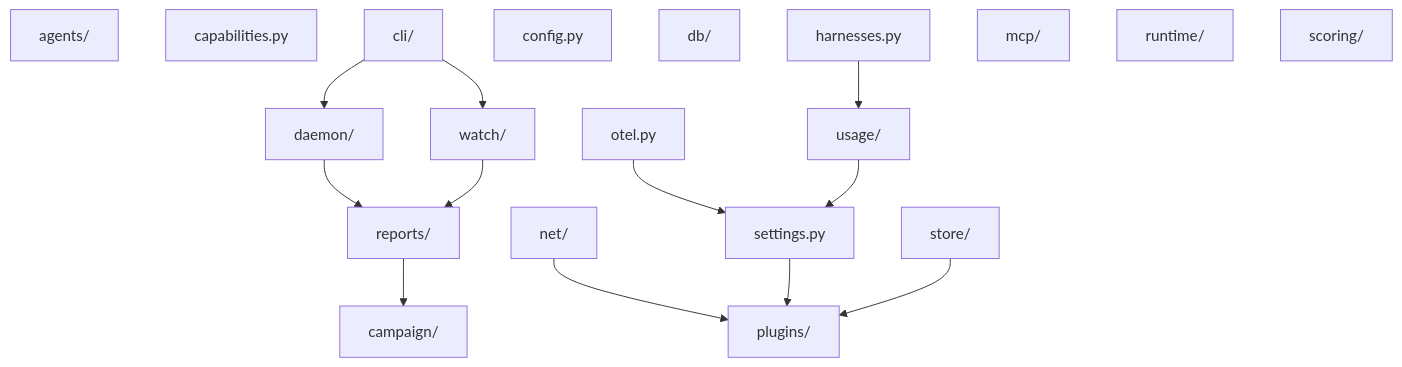
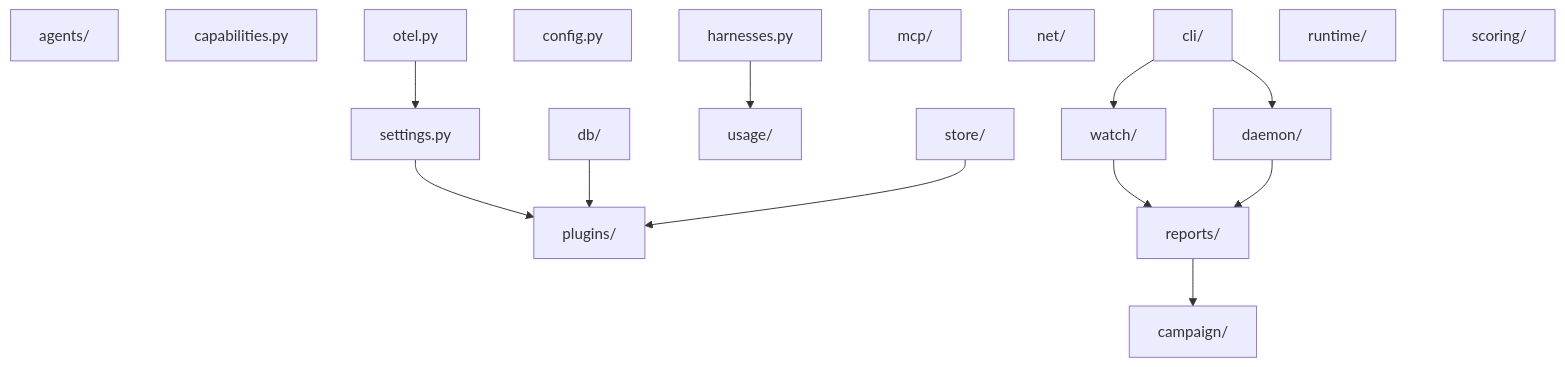
Before and after one commit to VatsaDev/piloop: the diagram in docs/snippets/generated/imports.mdx, drawn with Mermaid. The commit also changed other lines of this file and 66 other files, not shown here.

````diff
--- a/docs/snippets/generated/imports.mdx
+++ b/docs/snippets/generated/imports.mdx
@@ -3,33 +3,32 @@
 ```mermaid
 flowchart TB
     agents["agents/"]
     campaign["campaign/"]
     capabilities["capabilities.py"]
     cli["cli/"]
     config["config.py"]
     daemon["daemon/"]
     db["db/"]
     harnesses["harnesses.py"]
     mcp["mcp/"]
     net["net/"]
     otel["otel.py"]
     plugins["plugins/"]
     reports["reports/"]
     runtime["runtime/"]
     scoring["scoring/"]
     settings["settings.py"]
     store["store/"]
     usage["usage/"]
     watch["watch/"]
     cli --> daemon
     cli --> watch
     daemon --> reports
+    db --> plugins
     harnesses --> usage
-    net --> plugins
     otel --> settings
     reports --> campaign
     settings --> plugins
     store --> plugins
-    usage --> settings
     watch --> reports
 ```
````
